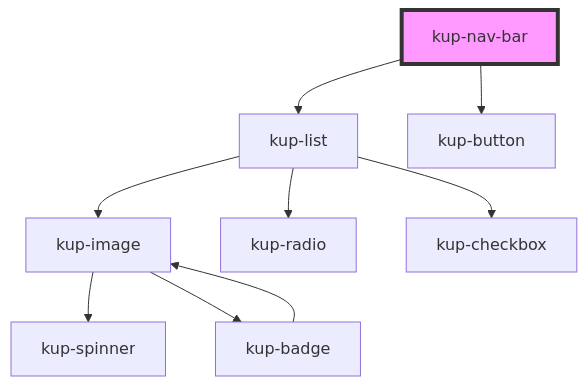
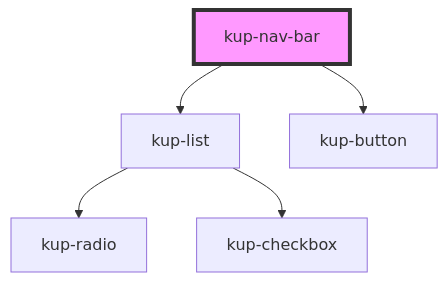
One commit to smeup/ketchup changed the diagram in packages/ketchup/src/components/kup-nav-bar/readme.md. Above: the diagram before and after it, drawn with Mermaid. The commit also changed 12 other files, not shown here.

Commit message:
Removed reflect from kup-list props and removed kup-image.

````diff
--- a/packages/ketchup/src/components/kup-nav-bar/readme.md
+++ b/packages/ketchup/src/components/kup-nav-bar/readme.md
@@ -44,12 +44,8 @@
 ```mermaid
 graph TD;
   kup-nav-bar --> kup-list
   kup-nav-bar --> kup-button
-  kup-list --> kup-image
   kup-list --> kup-radio
   kup-list --> kup-checkbox
-  kup-image --> kup-spinner
-  kup-image --> kup-badge
-  kup-badge --> kup-image
   style kup-nav-bar fill:#f9f,stroke:#333,stroke-width:4px
 ```
````
